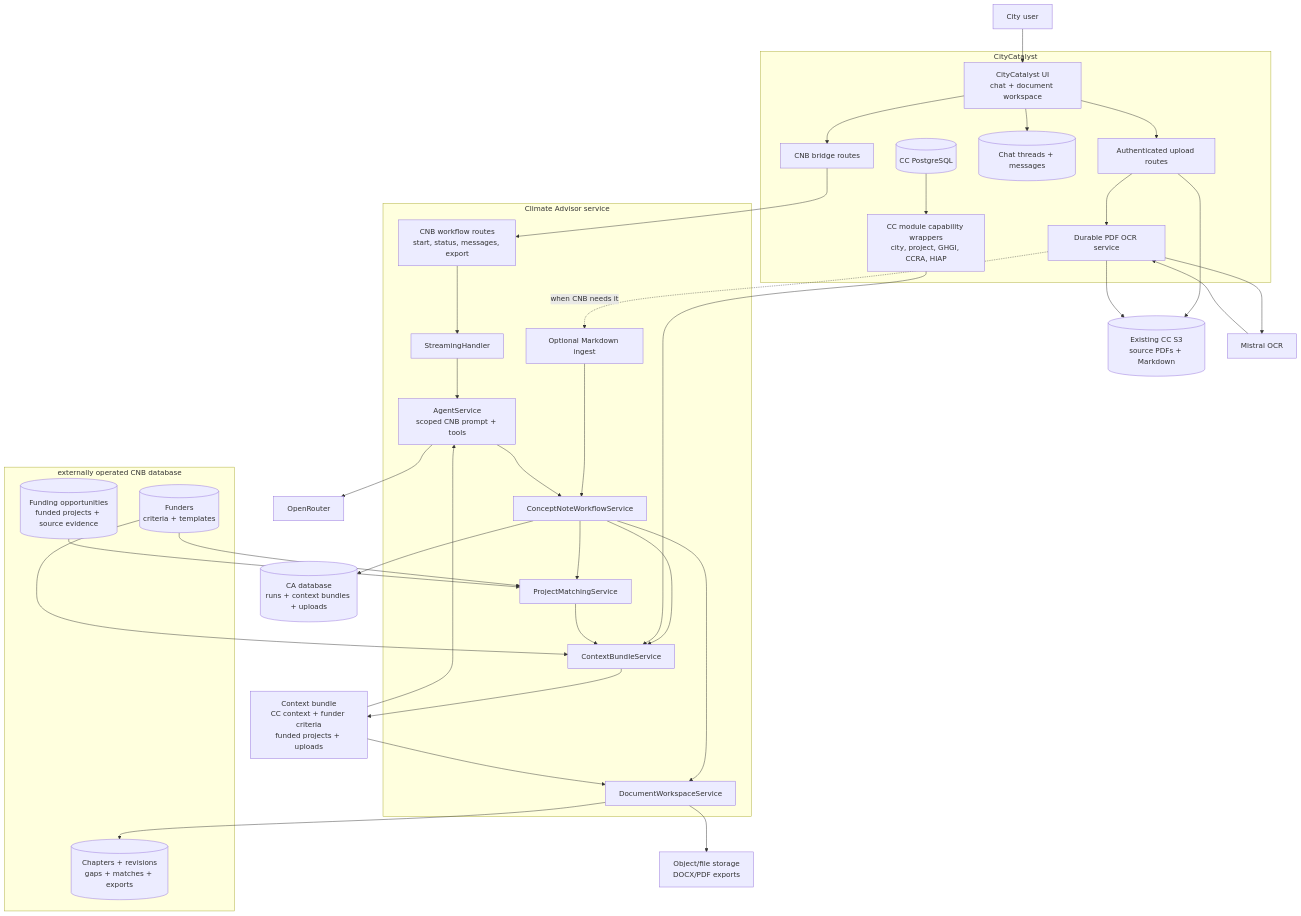
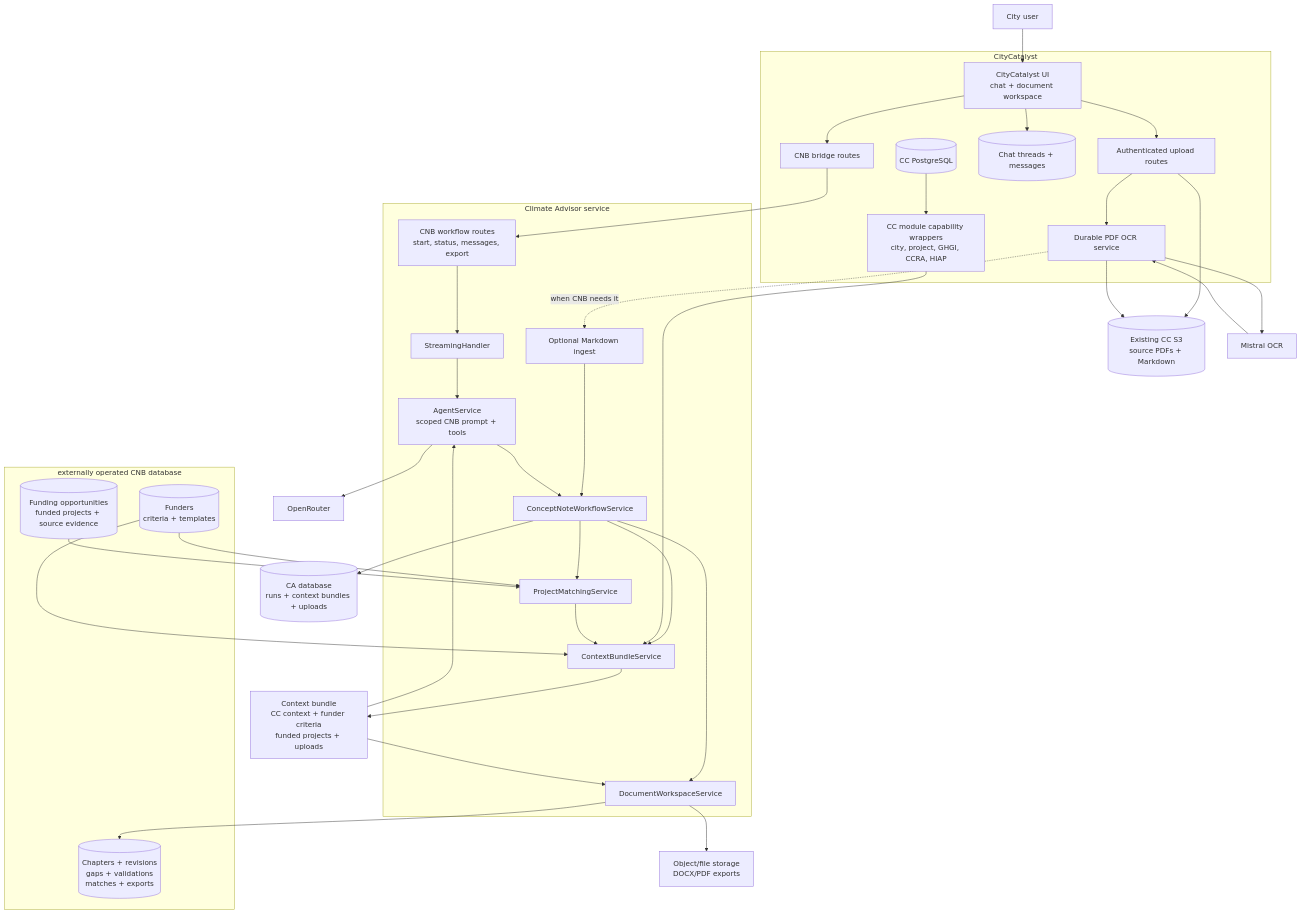
Before and after one commit to Open-Earth-Foundation/CityCatalyst: the first of 14 diagrams in docs/ConceptNoteBuilderArchitecture.md, drawn with Mermaid. The commit also changed other lines of this file and 45 other files, not shown here.

````diff
--- a/docs/ConceptNoteBuilderArchitecture.md
+++ b/docs/ConceptNoteBuilderArchitecture.md
@@ -83,71 +84,71 @@
 ```mermaid
 flowchart TB
     User["City user"] --> CCUI["CityCatalyst UI<br/>chat + document workspace"]
 
     subgraph CC["CityCatalyst"]
         CCUI
         CCBridge["CNB bridge routes"]
         CCUpload["Authenticated upload routes"]
         CCOCR["Durable PDF OCR service"]
         CCCaps["CC module capability wrappers<br/>city, project, GHGI, CCRA, HIAP"]
         CCChat[("Chat threads + messages")]
         CCData[("CC PostgreSQL")]
     end
 
     CCFiles[("Existing CC S3<br/>source PDFs + Markdown")]
     Mistral["Mistral OCR"]
 
     subgraph CA["Climate Advisor service"]
         CARoutes["CNB workflow routes<br/>start, status, messages, export"]
         MarkdownIngress["Optional Markdown ingest"]
         Stream["StreamingHandler"]
         Agent["AgentService<br/>scoped CNB prompt + tools"]
         CNBService["ConceptNoteWorkflowService"]
         ContextService["ContextBundleService"]
         DocService["DocumentWorkspaceService"]
         MatchService["ProjectMatchingService"]
     end
 
     CADB[("CA database<br/>runs + context bundles + uploads")]
 
     subgraph CNBDB["externally operated CNB database"]
-        WorkspaceDB[("Chapters + revisions<br/>gaps + matches + exports")]
+        WorkspaceDB[("Chapters + revisions<br/>gaps + validations<br/>matches + exports")]
         FunderDB[("Funders<br/>criteria + templates")]
         ProjectKB[("Funding opportunities<br/>funded projects + source evidence")]
     end
 
     ContextBundle["Context bundle<br/>CC context + funder criteria<br/>funded projects + uploads"]
     OpenRouter["OpenRouter"]
     ExportStore["Object/file storage<br/>DOCX/PDF exports"]
 
     CCUI --> CCBridge
     CCUI --> CCChat
     CCUI --> CCUpload
     CCUpload --> CCFiles
     CCUpload --> CCOCR
     CCOCR --> Mistral
     Mistral --> CCOCR
     CCOCR --> CCFiles
     CCOCR -. "when CNB needs it" .-> MarkdownIngress
     MarkdownIngress --> CNBService
     CCBridge --> CARoutes
     CARoutes --> Stream
     Stream --> Agent
     Agent --> CNBService
     CNBService --> ContextService
     CNBService --> DocService
     CNBService --> MatchService
     CNBService --> CADB
     DocService --> WorkspaceDB
     CCData --> CCCaps
     CCCaps --> ContextService
     FunderDB --> ContextService
     FunderDB --> MatchService
     ProjectKB --> MatchService
     MatchService --> ContextService
     ContextService --> ContextBundle
     ContextBundle --> Agent
     ContextBundle --> DocService
     DocService --> ExportStore
     Agent --> OpenRouter
 ```
````
